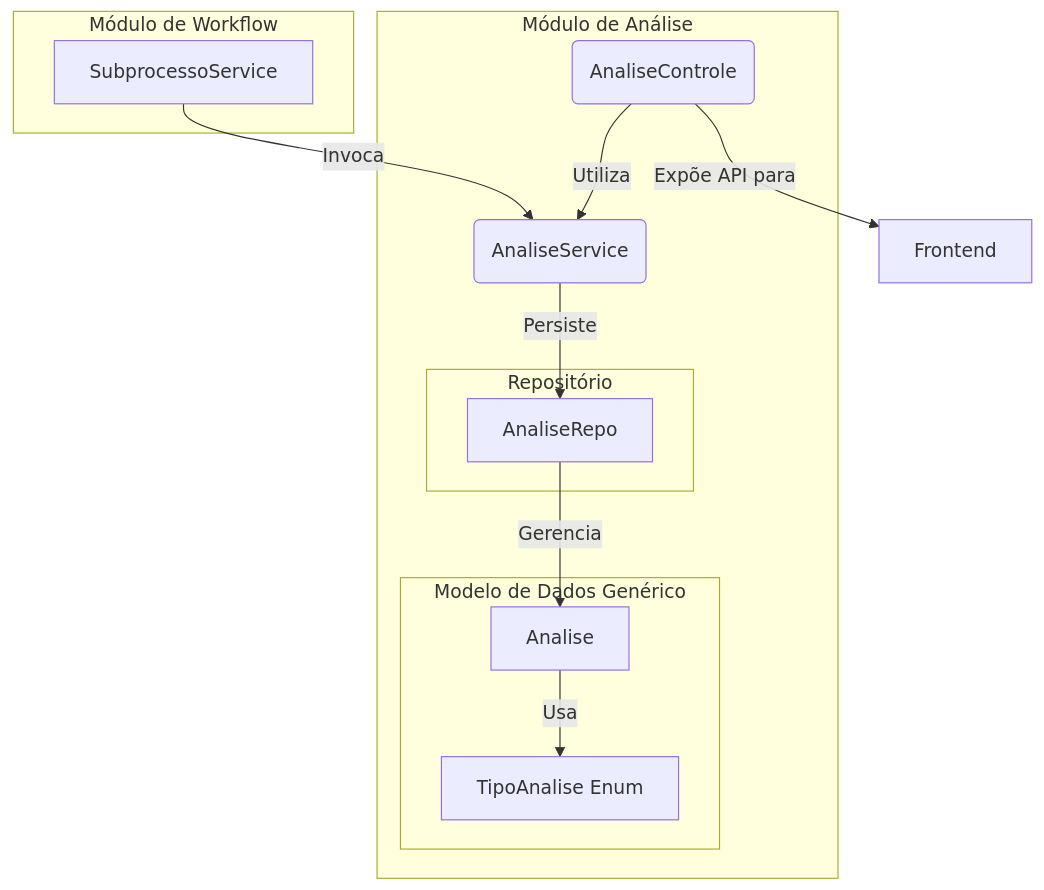
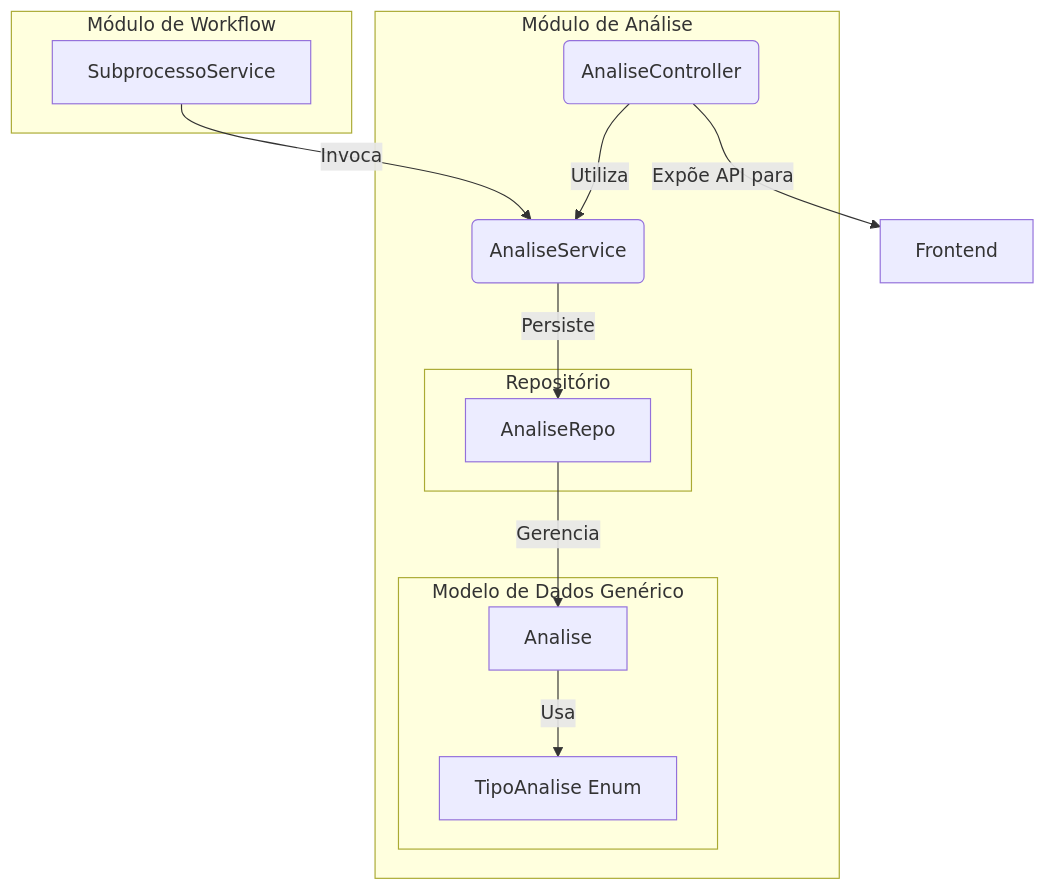
Before and after one commit to lgalvao/sgc: the diagram in backend/src/main/java/sgc/analise/README.md, drawn with Mermaid. The commit also changed other lines of this file and 195 other files, not shown here.

````diff
--- a/backend/src/main/java/sgc/analise/README.md
+++ b/backend/src/main/java/sgc/analise/README.md
@@ -11,27 +11,27 @@
 ```mermaid
 graph TD
     subgraph "Módulo de Workflow"
         SP[SubprocessoService]
     end
 
     subgraph "Módulo de Análise"
         Service(AnaliseService)
-        Controle(AnaliseControle)
+        Controle(AnaliseController)
         subgraph "Modelo de Dados Genérico"
             Analise[Analise]
             TipoAnalise[TipoAnalise Enum]
         end
         subgraph "Repositório"
             AnaliseRepo
         end
     end
 
     SP -- Invoca --> Service
 
     Controle -- Expõe API para --> Frontend
     Controle -- Utiliza --> Service
 
     Service -- Persiste --> AnaliseRepo
     AnaliseRepo -- Gerencia --> Analise
     Analise -- Usa --> TipoAnalise
 ```
````
